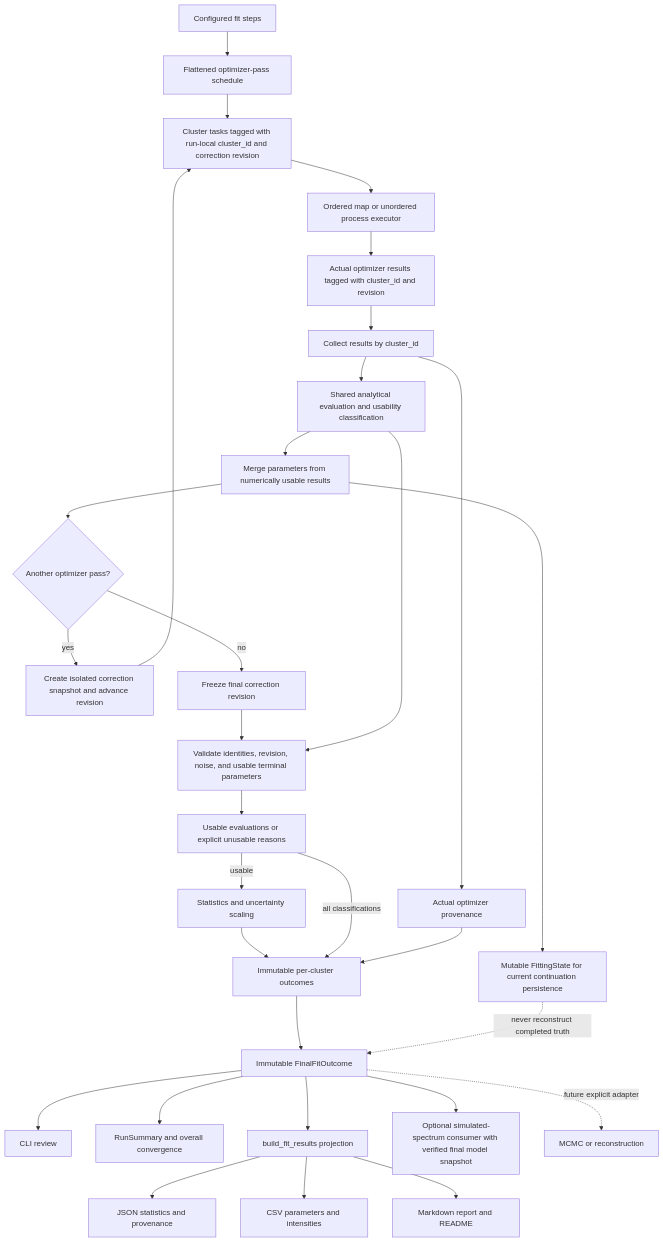
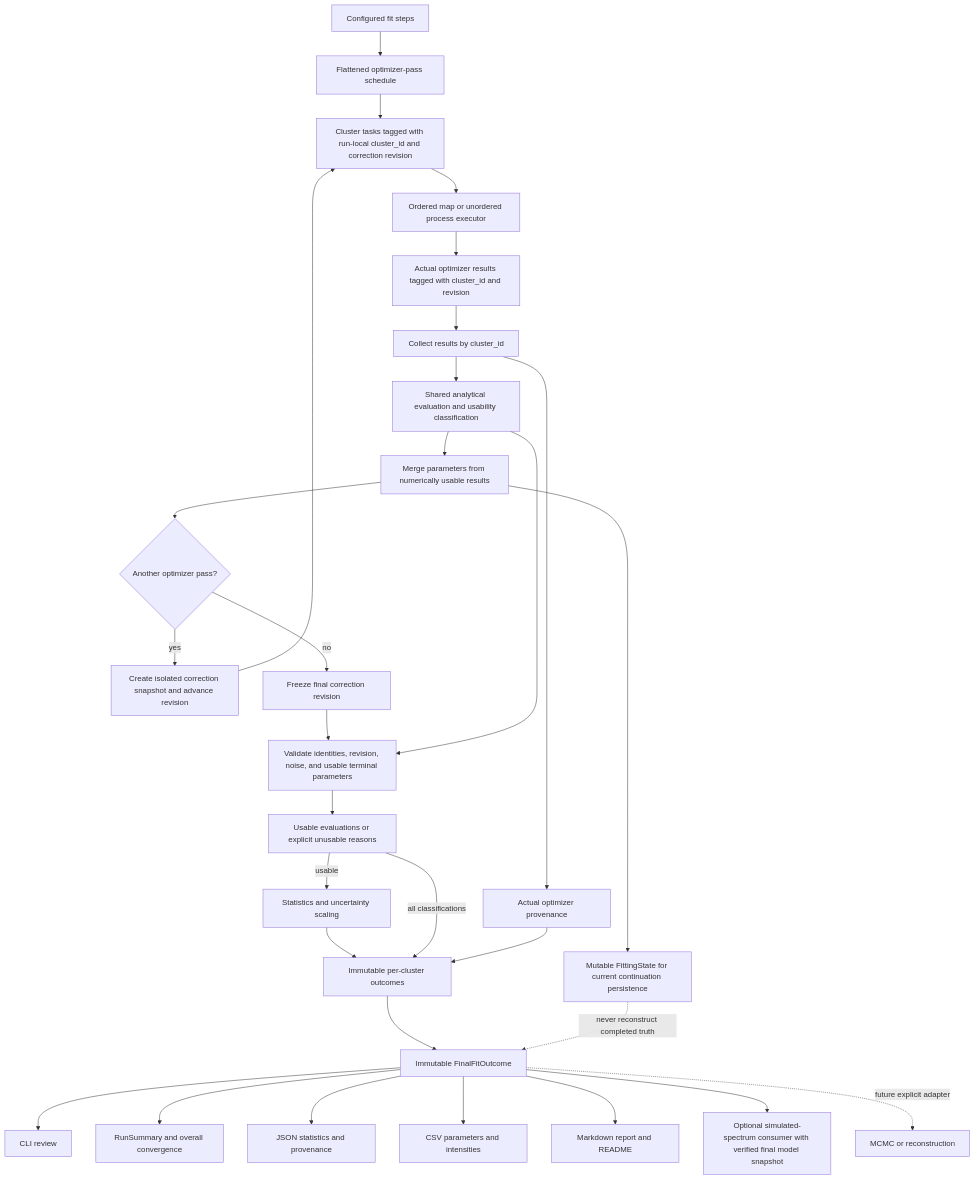
One commit to gbouvignies/PeakFit changed the diagram in .scratch/authoritative-final-fit-outcome/spec.md. Above: the diagram before and after it, drawn with Mermaid. The commit also changed other lines of this file and 26 other files, not shown here.

````diff
--- a/.scratch/authoritative-final-fit-outcome/spec.md
+++ b/.scratch/authoritative-final-fit-outcome/spec.md
@@ -434,33 +434,32 @@
 ```mermaid
 flowchart TD
     A[Configured fit steps] --> B[Flattened optimizer-pass schedule]
     B --> C[Cluster tasks tagged with run-local cluster_id and correction revision]
     C --> D[Ordered map or unordered process executor]
     D --> E[Actual optimizer results tagged with cluster_id and revision]
     E --> Y[Collect results by cluster_id]
     Y --> K[Shared analytical evaluation and usability classification]
     K --> G[Merge parameters from numerically usable results]
     G --> H{Another optimizer pass?}
     H -- yes --> I[Create isolated correction snapshot and advance revision]
     I --> C
     H -- no --> J[Freeze final correction revision]
     J --> F[Validate identities, revision, noise, and usable terminal parameters]
     K --> F
     F --> L[Usable evaluations or explicit unusable reasons]
     L -- usable --> Z[Statistics and uncertainty scaling]
     Y --> M[Actual optimizer provenance]
     Z --> N[Immutable per-cluster outcomes]
     L -- all classifications --> N
     M --> N
     N --> O[Immutable FinalFitOutcome]
     O --> P[CLI review]
     O --> Q[RunSummary and overall convergence]
-    O --> R[build_fit_results projection]
-    R --> S[JSON statistics and provenance]
-    R --> T[CSV parameters and intensities]
-    R --> U[Markdown report and README]
+    O --> S[JSON statistics and provenance]
+    O --> T[CSV parameters and intensities]
+    O --> U[Markdown report and README]
     O --> V[Optional simulated-spectrum consumer with verified final model snapshot]
     O -. future explicit adapter .-> W[MCMC or reconstruction]
     G --> X[Mutable FittingState for current continuation persistence]
     X -. never reconstruct completed truth .-> O
 ```
````
